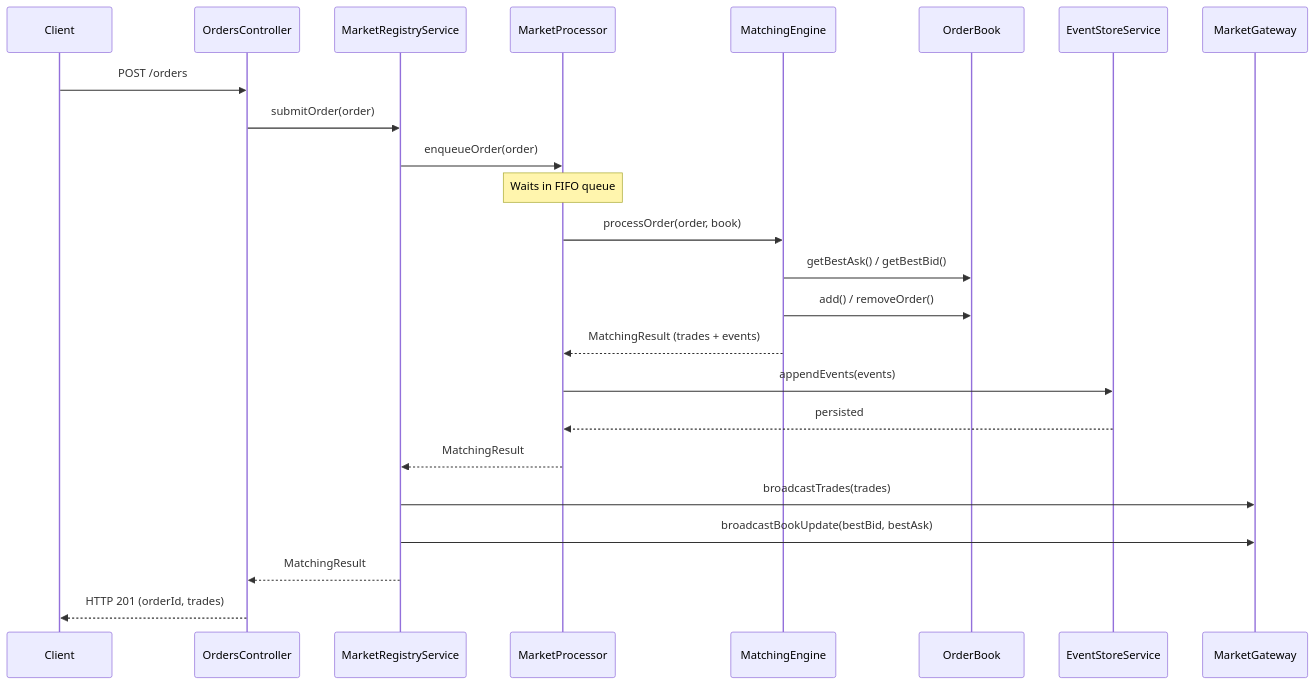
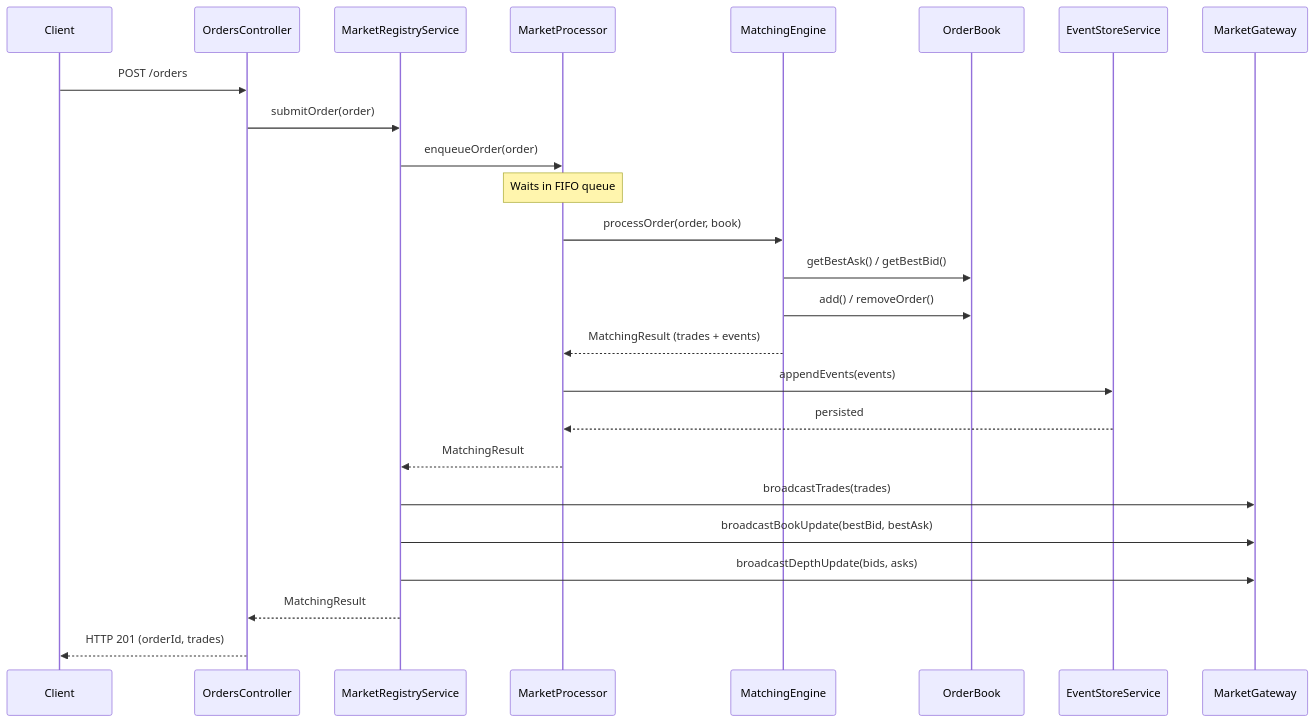
The first of 3 diagrams in README.md (mo74x/matchbook), drawn with Mermaid before and after one commit. The commit also changed other lines of this file and 1 other file, not shown here.

````diff
--- a/README.md
+++ b/README.md
@@ -61,27 +71,28 @@
 ```mermaid
 sequenceDiagram
     participant Client
     participant Controller as OrdersController
     participant Registry as MarketRegistryService
     participant Processor as MarketProcessor
     participant Engine as MatchingEngine
     participant Book as OrderBook
     participant Store as EventStoreService
     participant Gateway as MarketGateway
 
     Client->>Controller: POST /orders
     Controller->>Registry: submitOrder(order)
     Registry->>Processor: enqueueOrder(order)
     Note over Processor: Waits in FIFO queue
     Processor->>Engine: processOrder(order, book)
     Engine->>Book: getBestAsk() / getBestBid()
     Engine->>Book: add() / removeOrder()
     Engine-->>Processor: MatchingResult (trades + events)
     Processor->>Store: appendEvents(events)
     Store-->>Processor: persisted
     Processor-->>Registry: MatchingResult
     Registry->>Gateway: broadcastTrades(trades)
     Registry->>Gateway: broadcastBookUpdate(bestBid, bestAsk)
+    Registry->>Gateway: broadcastDepthUpdate(bids, asks)
     Registry-->>Controller: MatchingResult
     Controller-->>Client: HTTP 201 (orderId, trades)
 ```
````
